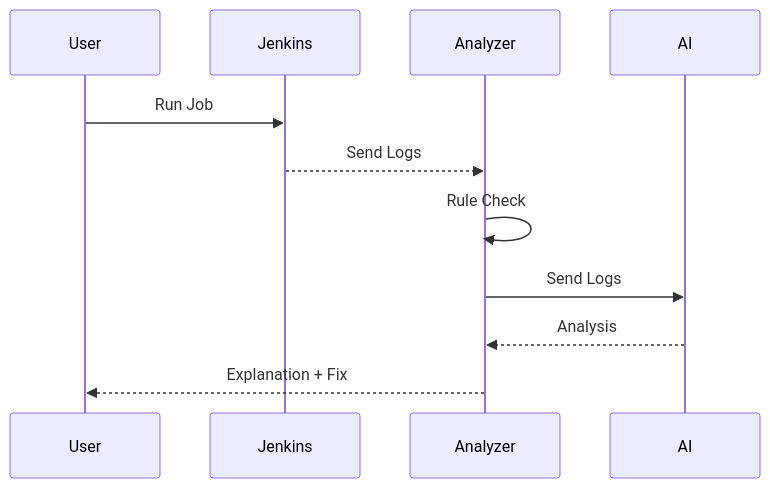
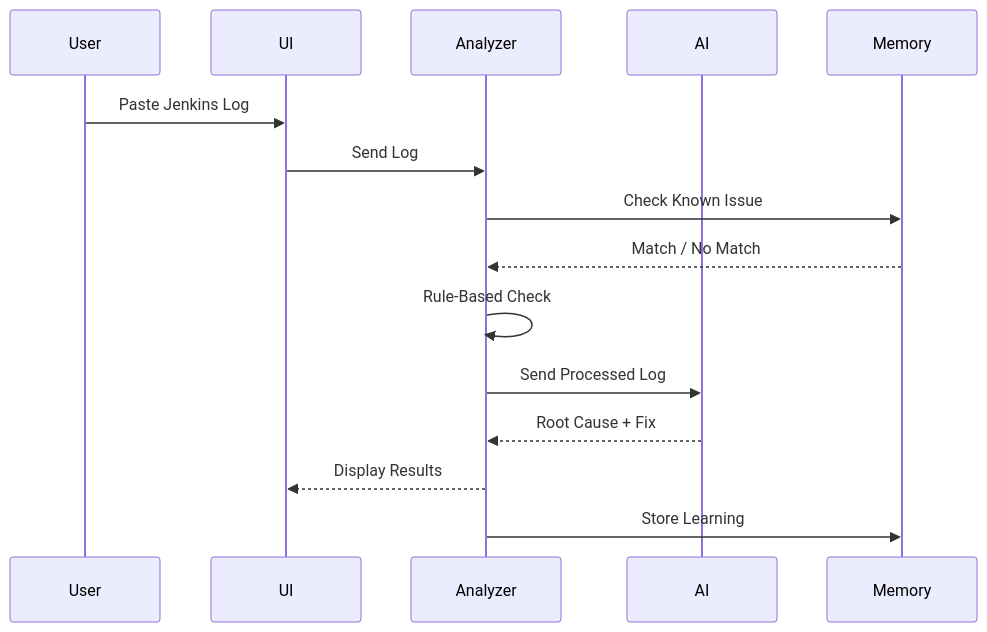
One commit to Gagan9075/H2H-404ERROR--AI-Powered-Jenkins-Pipeline-Analyzer-and-Self-Healing-DevOps-Agent changed the second of 3 diagrams in README.md. Above: the diagram before and after it, drawn with Mermaid. The commit also changed other lines of this file and 2 other files, not shown here.

First line of the commit message:
feat: enhance README with dynamic architecture diagrams and intelligent pipeline flow

````diff
--- a/README.md
+++ b/README.md
@@ -77,14 +82,18 @@
 ```mermaid
 sequenceDiagram
     participant User
-    participant Jenkins
+    participant UI
     participant Analyzer
     participant AI
+    participant Memory
 
-    User->>Jenkins: Run Job
-    Jenkins-->>Analyzer: Send Logs
-    Analyzer->>Analyzer: Rule Check
-    Analyzer->>AI: Send Logs
-    AI-->>Analyzer: Analysis
-    Analyzer-->>User: Explanation + Fix
+    User->>UI: Paste Jenkins Log
+    UI->>Analyzer: Send Log
+    Analyzer->>Memory: Check Known Issue
+    Memory-->>Analyzer: Match / No Match
+    Analyzer->>Analyzer: Rule-Based Check
+    Analyzer->>AI: Send Processed Log
+    AI-->>Analyzer: Root Cause + Fix
+    Analyzer-->>UI: Display Results
+    Analyzer->>Memory: Store Learning
 ```
````
